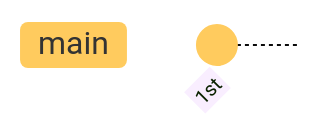
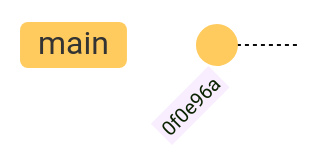
One commit to umr-marbec/git-training changed the fourth of 16 diagrams in slides-git-quarto/slides-training.qmd. Above: the diagram before and after it, drawn with Mermaid. The commit also changed other lines of this file and 2 other files, not shown here.

````diff
--- a/slides-git-quarto/slides-training.qmd
+++ b/slides-git-quarto/slides-training.qmd
@@ -193,7 +182,7 @@
 ```{mermaid}
 %%| fig-width: 10
 %%| fig-height: 1   
 %%{init: { 'logLevel': 'debug', 'theme': 'base', 'gitGraph': {'rotateCommitLabel': true}}}%%
 gitGraph
-   commit id: "1st"
+   commit id: "0f0e96a"
 ```
````
